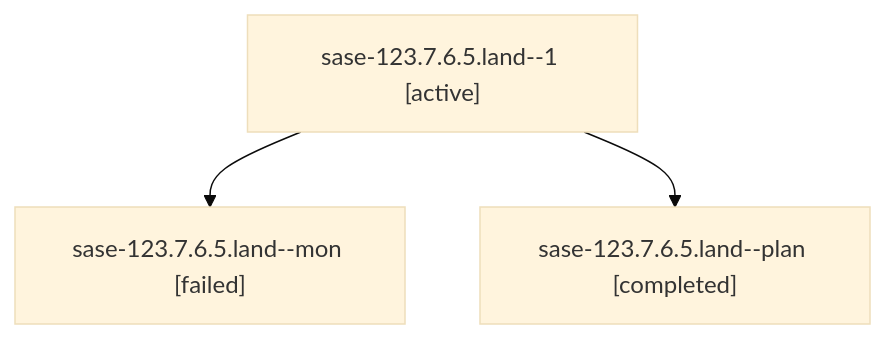
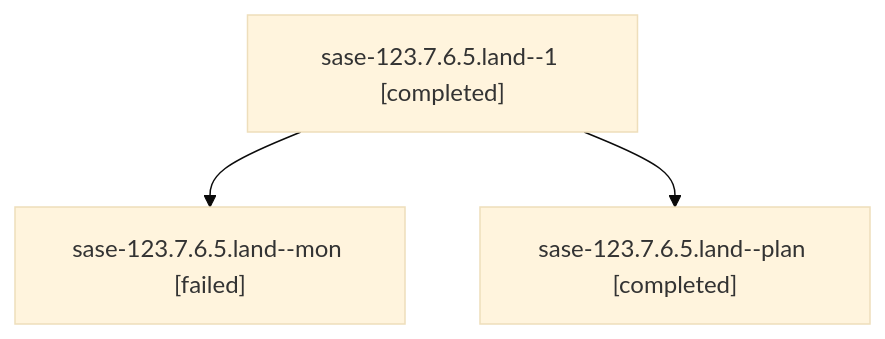
Before and after one commit to sase-org/sase--agents: the diagram in families/bbugyi200.athena.sase-123.7.6.5.land.md, drawn with Mermaid (base theme). The commit also changed other lines of this file and 36 other files, not shown here.

````diff
--- a/families/bbugyi200.athena.sase-123.7.6.5.land.md
+++ b/families/bbugyi200.athena.sase-123.7.6.5.land.md
@@ -9,8 +9,8 @@
 ```mermaid
 flowchart TD
-  n0["sase-123.7.6.5.land--1 [active]"]
+  n0["sase-123.7.6.5.land--1 [completed]"]
   n1["sase-123.7.6.5.land--mon [failed]"]
   n0 --> n1
   n2["sase-123.7.6.5.land--plan [completed]"]
   n0 --> n2
 ```
````
